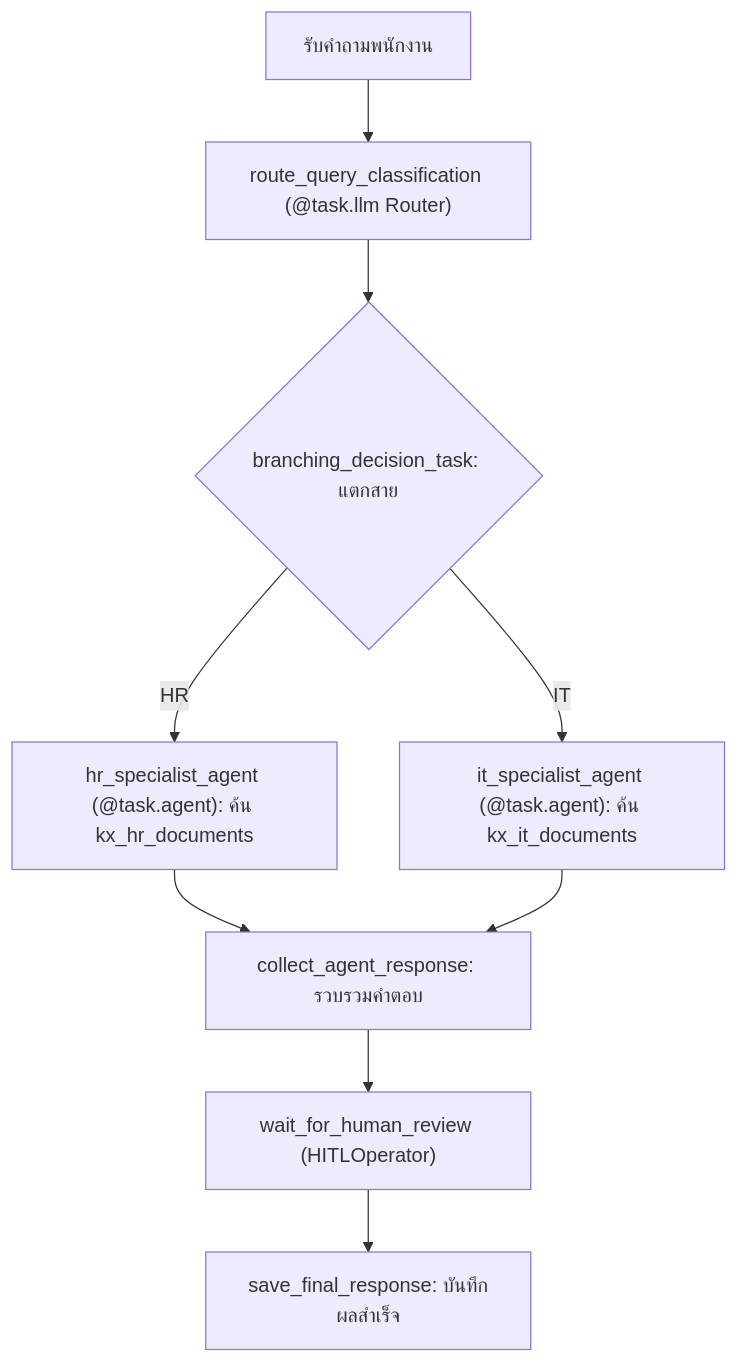
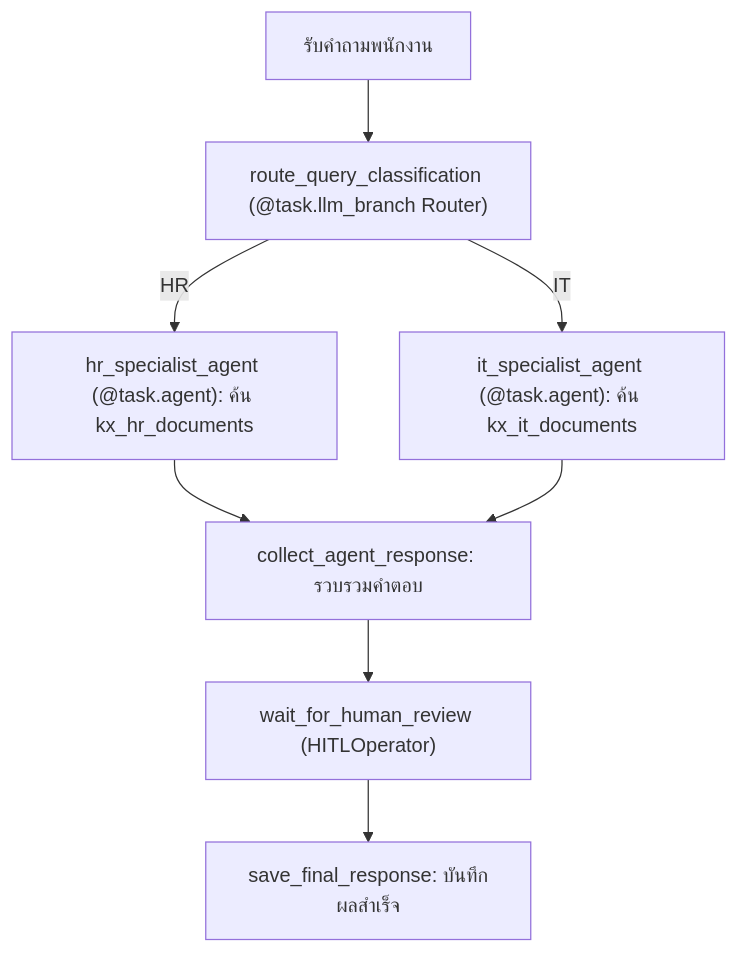
Before and after one commit to falukelo/stem-boi-master-airflow-rag: the diagram in labs/04-ai-agent-bonus/README.md, drawn with Mermaid. The commit also changed other lines of this file and 1 other file, not shown here.

Commit message:
Refactor router task to use Airflow 3 native @task.llm_branch and update documentation

````diff
--- a/labs/04-ai-agent-bonus/README.md
+++ b/labs/04-ai-agent-bonus/README.md
@@ -22,11 +22,10 @@
 ```mermaid
 graph TD
-    Query[รับคำถามพนักงาน] --> Router["route_query_classification (@task.llm Router)"]
-    Router --> Branch{branching_decision_task: แตกสาย}
-    Branch -->|HR| HRAgent["hr_specialist_agent (@task.agent): ค้น kx_hr_documents"]
-    Branch -->|IT| ITAgent["it_specialist_agent (@task.agent): ค้น kx_it_documents"]
+    Query[รับคำถามพนักงาน] --> Router["route_query_classification (@task.llm_branch Router)"]
+    Router -->|HR| HRAgent["hr_specialist_agent (@task.agent): ค้น kx_hr_documents"]
+    Router -->|IT| ITAgent["it_specialist_agent (@task.agent): ค้น kx_it_documents"]
     HRAgent --> Collector[collect_agent_response: รวบรวมคำตอบ]
     ITAgent --> Collector
     Collector --> HITL["wait_for_human_review (HITLOperator)"]
     HITL --> Save[save_final_response: บันทึกผลสำเร็จ]
 ```
````
